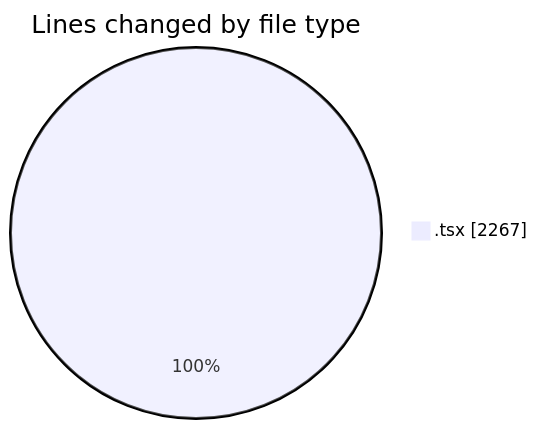
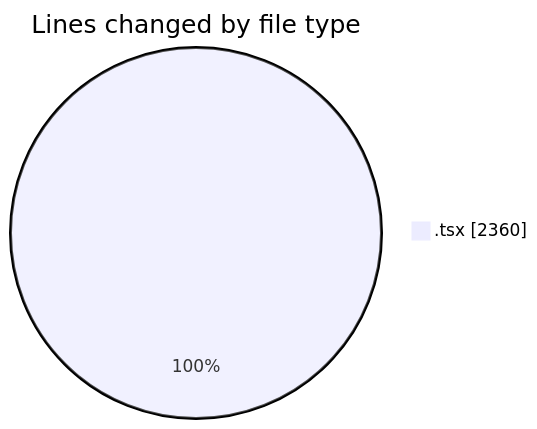
The first of 2 diagrams in 2026-02-09/nxtqube_webapp/README.md (nxtqubesakshisongat/code-tracking), drawn with Mermaid before and after one commit. The commit also changed other lines of this file and 1 other file, not shown here.

````diff
--- a/2026-02-09/nxtqube_webapp/README.md
+++ b/2026-02-09/nxtqube_webapp/README.md
@@ -22,5 +22,5 @@
 ```mermaid
 pie showData
 title Lines changed by file type
-".tsx" : 2267
+".tsx" : 2360
 ```
````
